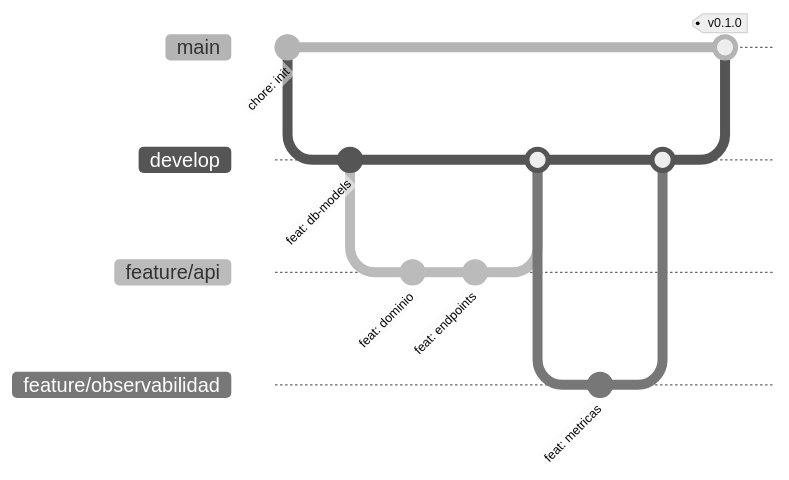
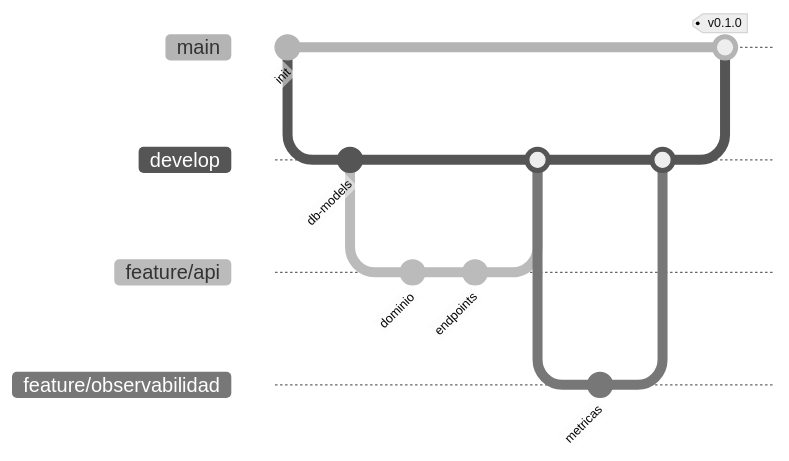
One commit to sahernandezz/payment-processing changed the ninth of 9 diagrams in README.md. Above: the diagram before and after it, drawn with Mermaid (neutral theme). The commit also changed other lines of this file, not shown here.

First line of the commit message:
📝 docs(readme): integra los diagramas en la narrativa

````diff
--- a/README.md
+++ b/README.md
@@ -633,20 +705,20 @@
 ```mermaid
 gitGraph
-    commit id: "chore: init"
+    commit id: "init"
     branch develop
     checkout develop
-    commit id: "feat: db-models"
+    commit id: "db-models"
     branch feature/api
     checkout feature/api
-    commit id: "feat: dominio"
-    commit id: "feat: endpoints"
+    commit id: "dominio"
+    commit id: "endpoints"
     checkout develop
     merge feature/api
     branch feature/observabilidad
     checkout feature/observabilidad
-    commit id: "feat: metricas"
+    commit id: "metricas"
     checkout develop
     merge feature/observabilidad
     checkout main
     merge develop tag: "v0.1.0"
 ```
````
